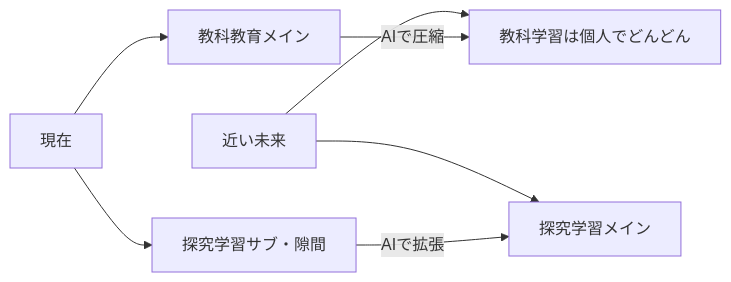
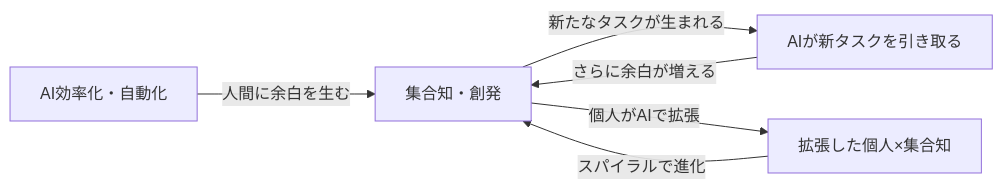
Before and after one commit to VOMOYA/kaetsu-ai-kenshu: the second of 6 diagrams in 第3回_かえつ有明AI研修.md, drawn with Mermaid. The commit also changed other lines of this file, not shown here.

````diff
--- a/第3回_かえつ有明AI研修.md
+++ b/第3回_かえつ有明AI研修.md
@@ -204,9 +97,8 @@
 ```mermaid
 graph LR
-  A[現在] --> A1[教科教育メイン]
-  A --> A2[探究学習サブ・隙間]
-  B[近い未来] --> B1[探究学習メイン]
-  B --> B2[教科学習は個人でどんどん]
-  A1 -->|AIで圧縮| B2
-  A2 -->|AIで拡張| B1
+  A[AI効率化・自動化] -->|人間に余白を生む| B[集合知・創発]
+  B -->|新たなタスクが生まれる| C[AIが新タスクを引き取る]
+  C -->|さらに余白が増える| B
+  B -->|個人がAIで拡張| D[拡張した個人×集合知]
+  D -->|スパイラルで進化| B
 ```
````
